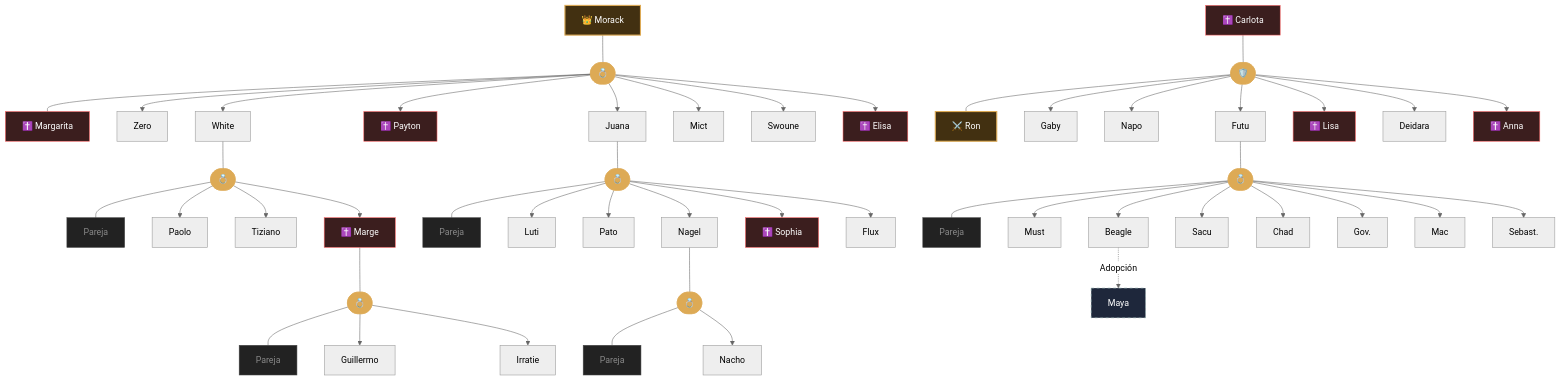
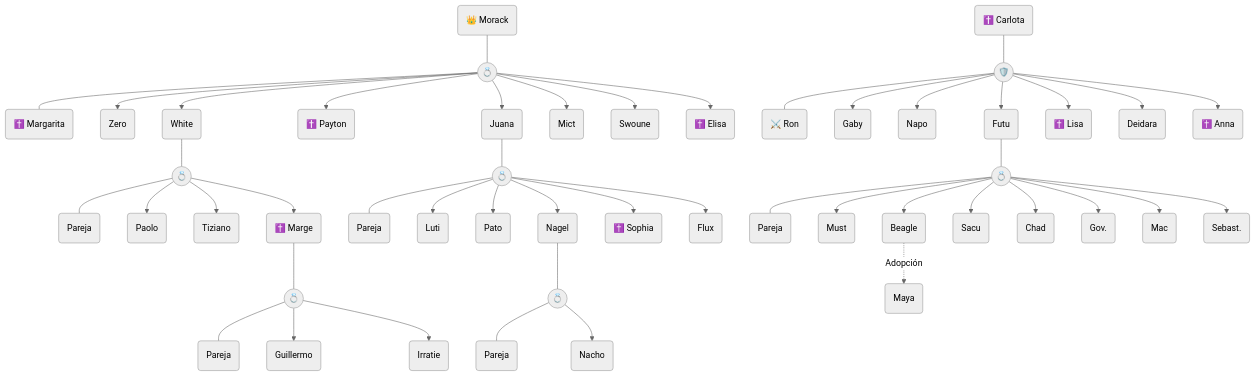
The diagram in content/04_Árbol Genealógico/Árbol Genealógico.md (mortalpues-pixel/helmreich-wiki), drawn with Mermaid (neutral theme) before and after one commit.

Commit message:
Simplify Mermaid tree to extreme basics to fix syntax error

````diff
--- a/content/04_Árbol Genealógico/Árbol Genealógico.md
+++ b/content/04_Árbol Genealógico/Árbol Genealógico.md
@@ -9,59 +9,53 @@
 ```mermaid
 flowchart TD
-    classDef dead fill:#3b1e1e,stroke:#f66,stroke-width:1px,color:#fff;
-    classDef adopted fill:#1e273b,stroke:#8aa,stroke-width:1px,color:#fff,stroke-dasharray: 5 5;
-    classDef gen0 fill:#423011,stroke:#da5,stroke-width:2px,color:#fff;
-    classDef union fill:#da5,stroke:#da5,width:10px,height:10px;
-    classDef spouse fill:#222,stroke:#444,color:#888;
+    %% --- RAMA PRIMARIA ---
+    Morack("👑 Morack") --- M_Union(("💍")) --- Margarita("✝️ Margarita")
+    
+    M_Union --> Zero("Zero")
+    M_Union --> White("White")
+    M_Union --> Payton("✝️ Payton")
+    M_Union --> Juana("Juana")
+    M_Union --> Mict("Mict")
+    M_Union --> Swoune("Swoune")
+    M_Union --> Elisa("✝️ Elisa")
 
-    %% --- RAMA PRIMARIA ---
-    Morack["👑 Morack"]:::gen0 --- M_Union([💍]):::union --- Margarita["✝️ Margarita"]:::dead
-    
-    M_Union --> Zero["Zero"]
-    M_Union --> White["White"]
-    M_Union --> Payton["✝️ Payton"]:::dead
-    M_Union --> Juana["Juana"]
-    M_Union --> Mict["Mict"]
-    M_Union --> Swoune["Swoune"]
-    M_Union --> Elisa["✝️ Elisa"]:::dead
+    White --- W_Union(("💍")) --- W_Spouse("Pareja")
+    W_Union --> Paolo("Paolo")
+    W_Union --> Tiziano("Tiziano")
+    W_Union --> Marge("✝️ Marge")
 
-    White --- W_Union([💍]):::union --- W_Spouse["Pareja"]:::spouse
-    W_Union --> Paolo["Paolo"]
-    W_Union --> Tiziano["Tiziano"]
-    W_Union --> Marge["✝️ Marge"]:::dead
+    Marge --- Ma_Union(("💍")) --- Ma_Spouse("Pareja")
+    Ma_Union --> Guillermo("Guillermo")
+    Ma_Union --> Irratie("Irratie")
 
-    Marge --- Ma_Union([💍]):::union --- Ma_Spouse["Pareja"]:::spouse
-    Ma_Union --> Guillermo["Guillermo"]
-    Ma_Union --> Irratie["Irratie"]
+    Juana --- J_Union(("💍")) --- J_Spouse("Pareja")
+    J_Union --> Luti("Luti")
+    J_Union --> Pato("Pato")
+    J_Union --> Nagel("Nagel")
+    J_Union --> Sophia("✝️ Sophia")
+    J_Union --> Flux("Flux")
 
-    Juana --- J_Union([💍]):::union --- J_Spouse["Pareja"]:::spouse
-    J_Union --> Luti["Luti"]
-    J_Union --> Pato["Pato"]
-    J_Union --> Nagel["Nagel"]
-    J_Union --> Sophia["✝️ Sophia"]:::dead
-    J_Union --> Flux["Flux"]
-
-    Nagel --- N_Union([💍]):::union --- N_Spouse["Pareja"]:::spouse
-    N_Union --> Nacho["Nacho"]
+    Nagel --- N_Union(("💍")) --- N_Spouse("Pareja")
+    N_Union --> Nacho("Nacho")
 
     %% --- RAMA SECUNDARIA ---
-    Carlota["✝️ Carlota"]:::dead --- C_Union([🛡️]):::union --- Ron["⚔️ Ron"]:::gen0
+    Carlota("✝️ Carlota") --- C_Union(("🛡️")) --- Ron("⚔️ Ron")
 
-    C_Union --> Gaby["Gaby"]
-    C_Union --> Napo["Napo"]
-    C_Union --> Futu["Futu"]
-    C_Union --> Lisa["✝️ Lisa"]:::dead
-    C_Union --> Deidara["Deidara"]
-    C_Union --> Anna["✝️ Anna"]:::dead
+    C_Union --> Gaby("Gaby")
+    C_Union --> Napo("Napo")
+    C_Union --> Futu("Futu")
+    C_Union --> Lisa("✝️ Lisa")
+    C_Union --> Deidara("Deidara")
+    C_Union --> Anna("✝️ Anna")
 
-    Futu --- F_Union([💍]):::union --- F_Spouse["Pareja"]:::spouse
-    F_Union --> Must["Must"]
-    F_Union --> Beagle["Beagle"]
-    F_Union --> Sacu["Sacu"]
-    F_Union --> Chad["Chad"]
-    F_Union --> Governor["Gov."]
-    F_Union --> Mac["Mac"]
-    F_Union --> Sebastian["Sebast."]
+    Futu --- F_Union(("💍")) --- F_Spouse("Pareja")
+    F_Union --> Must("Must")
+    F_Union --> Beagle("Beagle")
+    F_Union --> Sacu("Sacu")
+    F_Union --> Chad("Chad")
+    F_Union --> Governor("Gov.")
+    F_Union --> Mac("Mac")
+    F_Union --> Sebastian("Sebast.")
 
-    Beagle -. Adopción .-> Maya["Maya"]:::adopted
+    Beagle -. Adopción .-> Maya("Maya")
 ```
````
